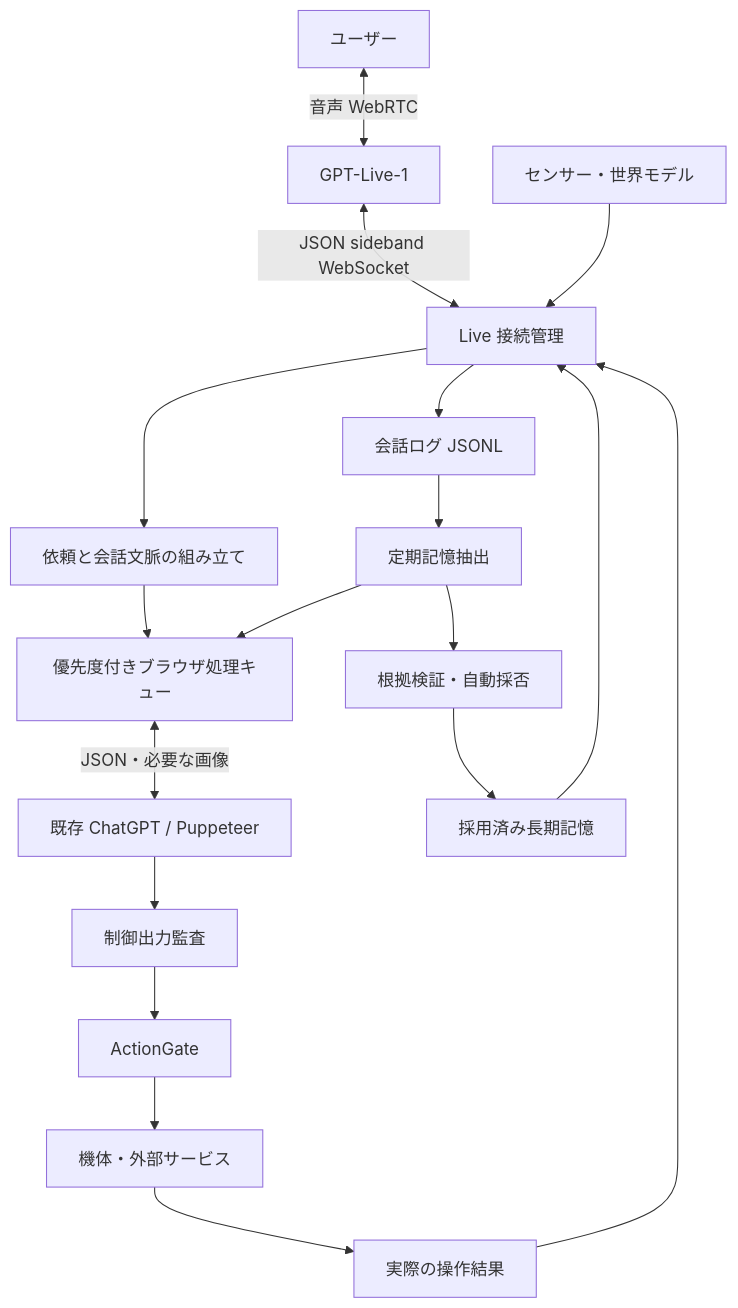
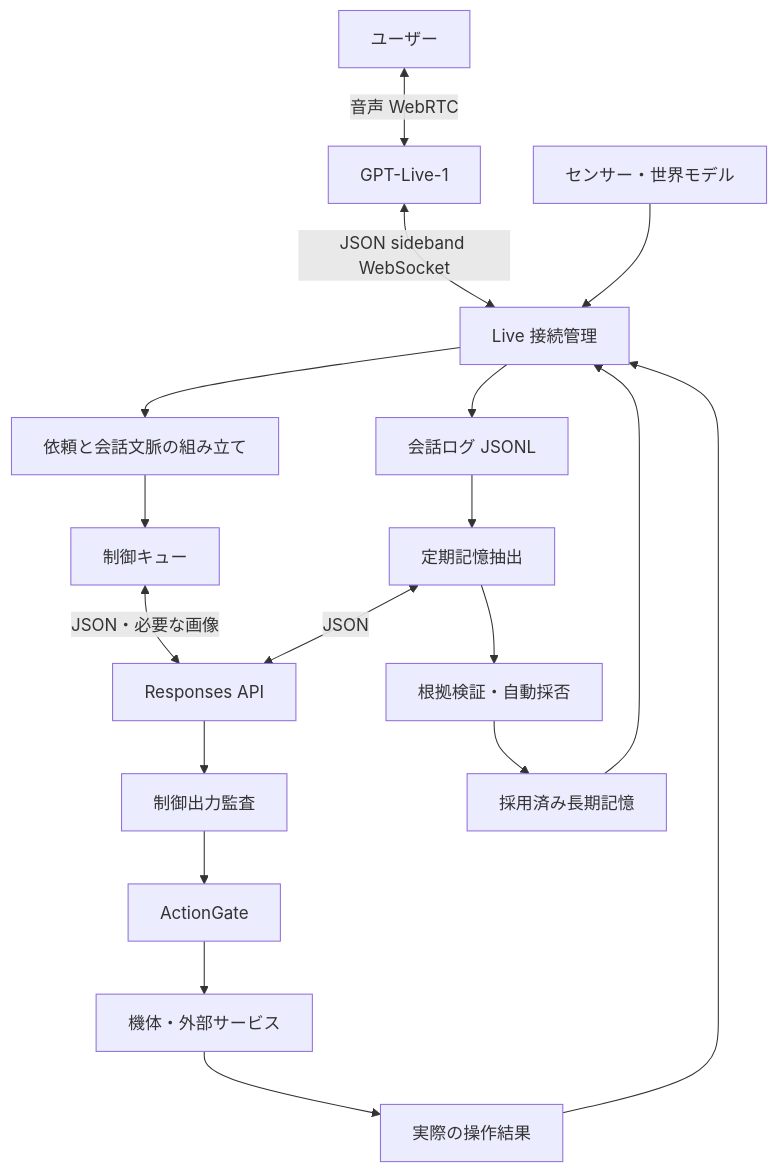
Before and after one commit to HydroSemicon/kokomi_kernel: the diagram in docs/live-api-spec.md, drawn with Mermaid. The commit also changed other lines of this file and 60 other files, not shown here.

````diff
--- a/docs/live-api-spec.md
+++ b/docs/live-api-spec.md
@@ -13,20 +12,20 @@
 ```mermaid
 flowchart TD
     U[ユーザー] <-->|音声 WebRTC| L[GPT-Live-1]
     L <-->|JSON sideband WebSocket| S[Live 接続管理]
     S --> J[会話ログ JSONL]
     S --> B[依頼と会話文脈の組み立て]
-    B --> Q[優先度付きブラウザ処理キュー]
-    Q <-->|JSON・必要な画像| P[既存 ChatGPT / Puppeteer]
+    B --> Q[制御キュー]
+    Q <-->|JSON・必要な画像| P[Responses API]
     P --> A[制御出力監査]
     A --> G[ActionGate]
     G --> D[機体・外部サービス]
     D --> O[実際の操作結果]
     O --> S
     C[センサー・世界モデル] --> S
     J --> M[定期記憶抽出]
-    M --> Q
+    M <-->|JSON| P
     M --> V[根拠検証・自動採否]
     V --> R[採用済み長期記憶]
     R --> S
 ```
````
